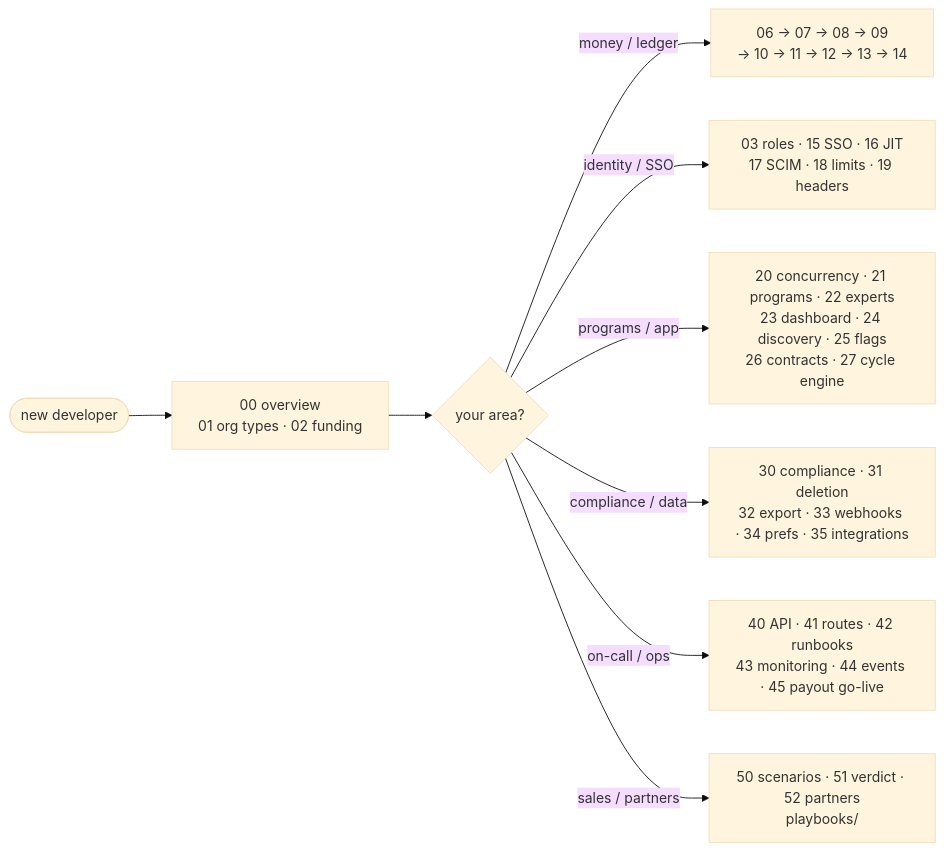
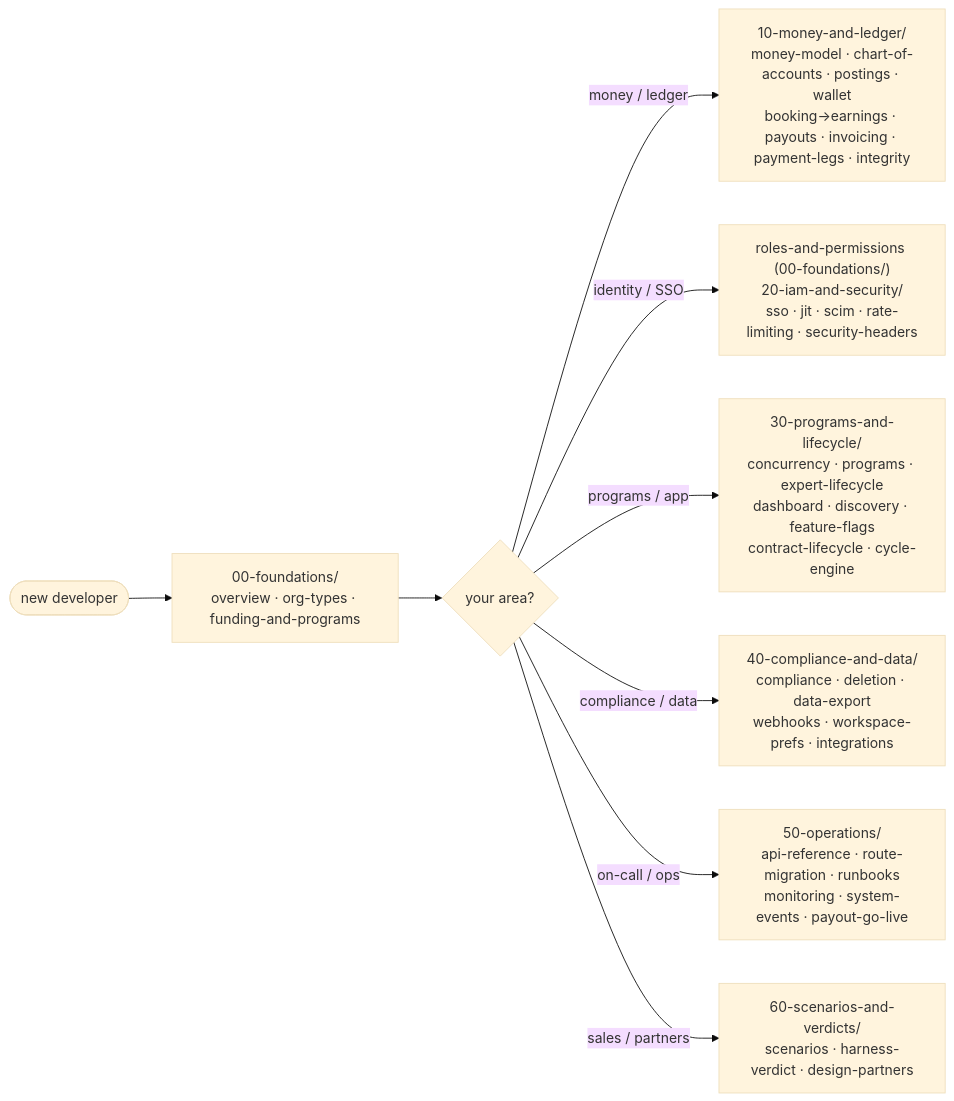
Before and after one commit to Practitionist/familiarise_web: the diagram in docs/enterprise/README.md, drawn with Mermaid (base theme). The commit also changed other lines of this file and 102 other files, not shown here.

````diff
--- a/docs/enterprise/README.md
+++ b/docs/enterprise/README.md
@@ -11,11 +11,11 @@
 ```mermaid
 flowchart LR
-  START([new developer]) --> OV["00 overview<br/>01 org types · 02 funding"]
+  START([new developer]) --> OV["00-foundations/<br/>overview · org-types · funding-and-programs"]
   OV --> PATH{your area?}
-  PATH -->|money / ledger| MONEY["06 → 07 → 08 → 09<br/>→ 10 → 11 → 12 → 13 → 14"]
-  PATH -->|identity / SSO| IAM["03 roles · 15 SSO · 16 JIT<br/>17 SCIM · 18 limits · 19 headers"]
-  PATH -->|programs / app| PROG["20 concurrency · 21 programs · 22 experts<br/>23 dashboard · 24 discovery · 25 flags<br/>26 contracts · 27 cycle engine"]
-  PATH -->|compliance / data| COMP["30 compliance · 31 deletion<br/>32 export · 33 webhooks · 34 prefs · 35 integrations"]
-  PATH -->|on-call / ops| OPS["40 API · 41 routes · 42 runbooks<br/>43 monitoring · 44 events · 45 payout go-live"]
-  PATH -->|sales / partners| SALES["50 scenarios · 51 verdict · 52 partners<br/>playbooks/"]
+  PATH -->|money / ledger| MONEY["10-money-and-ledger/<br/>money-model · chart-of-accounts · postings · wallet<br/>booking→earnings · payouts · invoicing · payment-legs · integrity"]
+  PATH -->|identity / SSO| IAM["roles-and-permissions (00-foundations/)<br/>20-iam-and-security/<br/>sso · jit · scim · rate-limiting · security-headers"]
+  PATH -->|programs / app| PROG["30-programs-and-lifecycle/<br/>concurrency · programs · expert-lifecycle<br/>dashboard · discovery · feature-flags<br/>contract-lifecycle · cycle-engine"]
+  PATH -->|compliance / data| COMP["40-compliance-and-data/<br/>compliance · deletion · data-export<br/>webhooks · workspace-prefs · integrations"]
+  PATH -->|on-call / ops| OPS["50-operations/<br/>api-reference · route-migration · runbooks<br/>monitoring · system-events · payout-go-live"]
+  PATH -->|sales / partners| SALES["60-scenarios-and-verdicts/<br/>scenarios · harness-verdict · design-partners"]
 ```
````
